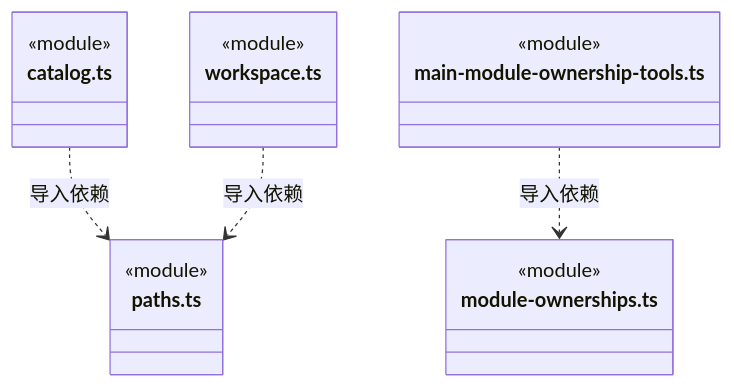
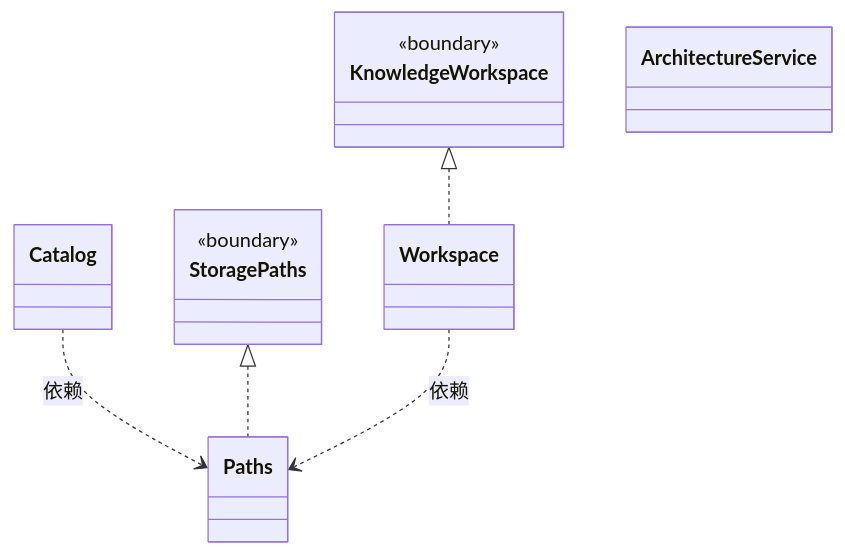
Before and after one commit to nan023062/cbim: the first of 2 diagrams in src/logic/workspace/service/ARCHITECTURE.md, drawn with Mermaid. The commit also changed other lines of this file and 158 other files, not shown here.

Commit message:
docs: model architecture through nested virtual encapsulations

````diff
--- a/src/logic/workspace/service/ARCHITECTURE.md
+++ b/src/logic/workspace/service/ARCHITECTURE.md
@@ -505,21 +26,23 @@
 ```mermaid
 classDiagram
-class N_src_logic_workspace_service_catalog_ts["catalog.ts"] {
-  <<module>>
+class N_53244d27e9ea["Paths"]
+click N_53244d27e9ea href "paths.ts"
+class N_109bbf08ed1b["Catalog"]
+click N_109bbf08ed1b href "catalog.ts"
+class N_58bd2be2a5ab["StoragePaths"] {
+  <<boundary>>
 }
-class N_src_logic_workspace_service_paths_ts["paths.ts"] {
-  <<module>>
+click N_58bd2be2a5ab href "../ports/paths.ts"
+class N_558ebed9320a["Workspace"]
+click N_558ebed9320a href "workspace.ts"
+class N_30b6867c95a0["KnowledgeWorkspace"] {
+  <<boundary>>
 }
-class N_src_logic_workspace_service_main_module_ownership_tools_ts["main-module-ownership-tools.ts"] {
-  <<module>>
-}
-class N_src_logic_workspace_service_module_ownerships_ts["module-ownerships.ts"] {
-  <<module>>
-}
-class N_src_logic_workspace_service_workspace_ts["workspace.ts"] {
-  <<module>>
-}
-N_src_logic_workspace_service_catalog_ts ..> N_src_logic_workspace_service_paths_ts : 导入依赖
-N_src_logic_workspace_service_main_module_ownership_tools_ts ..> N_src_logic_workspace_service_module_ownerships_ts : 导入依赖
-N_src_logic_workspace_service_workspace_ts ..> N_src_logic_workspace_service_paths_ts : 导入依赖
+click N_30b6867c95a0 href "../../knowledge/rules/ports.ts"
+class N_9e6df5265572["ArchitectureService"]
+click N_9e6df5265572 href "architecture-service.ts"
+N_109bbf08ed1b ..> N_53244d27e9ea : 依赖
+N_58bd2be2a5ab <|.. N_53244d27e9ea
+N_558ebed9320a ..> N_53244d27e9ea : 依赖
+N_30b6867c95a0 <|.. N_558ebed9320a
 ```
````
